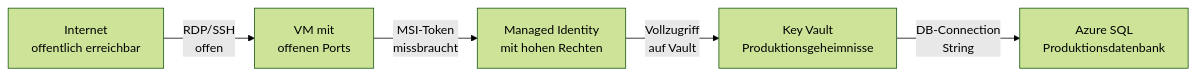
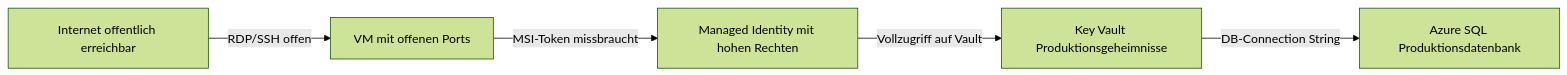
One commit to SoniiiT/notes-n-docs changed the second of 6 diagrams in Microsoft 365/Azure/Sicherheit/Microsoft Defender for Cloud.md. Above: the diagram before and after it, drawn with Mermaid (forest theme). The commit also changed other lines of this file and 124 other files, not shown here.

First line of the commit message:
fix: Entferne \n aus allen Mermaid-Diagrammen (125 Dateien)

````diff
--- a/Microsoft 365/Azure/Sicherheit/Microsoft Defender for Cloud.md
+++ b/Microsoft 365/Azure/Sicherheit/Microsoft Defender for Cloud.md
@@ -165,13 +165,13 @@
 ```mermaid
 graph LR
-    INT["Internet\noffentlich erreichbar"]
-    VM["VM mit\noffenen Ports"]
-    MSI["Managed Identity\nmit hohen Rechten"]
-    KV["Key Vault\nProduktionsgeheimnisse"]
-    DB["Azure SQL\nProduktionsdatenbank"]
+    INT["Internet offentlich erreichbar"]
+    VM["VM mit offenen Ports"]
+    MSI["Managed Identity mit hohen Rechten"]
+    KV["Key Vault Produktionsgeheimnisse"]
+    DB["Azure SQL Produktionsdatenbank"]
 
-    INT -->|"RDP/SSH\noffen"| VM
-    VM -->|"MSI-Token\nmissbraucht"| MSI
-    MSI -->|"Vollzugriff\nauf Vault"| KV
-    KV -->|"DB-Connection\nString"| DB
+    INT -->|"RDP/SSH offen"| VM
+    VM -->|"MSI-Token missbraucht"| MSI
+    MSI -->|"Vollzugriff auf Vault"| KV
+    KV -->|"DB-Connection String"| DB
 ```
````
